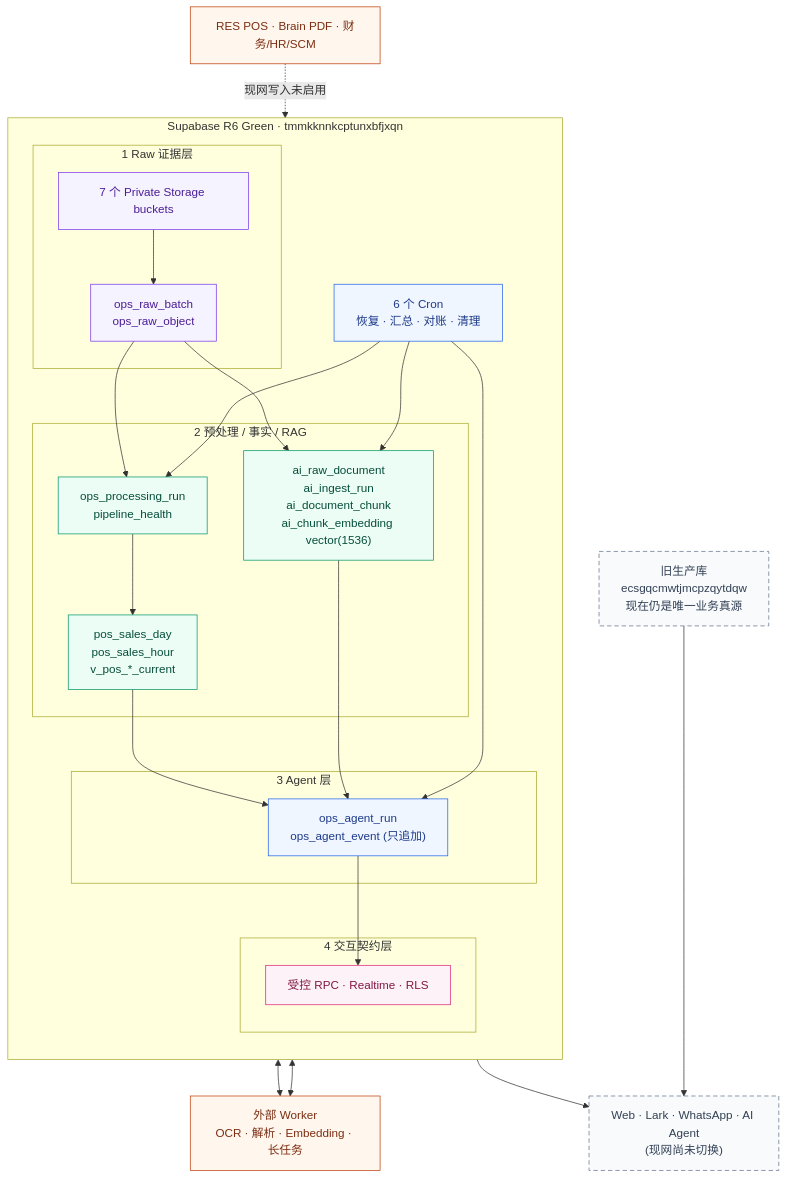
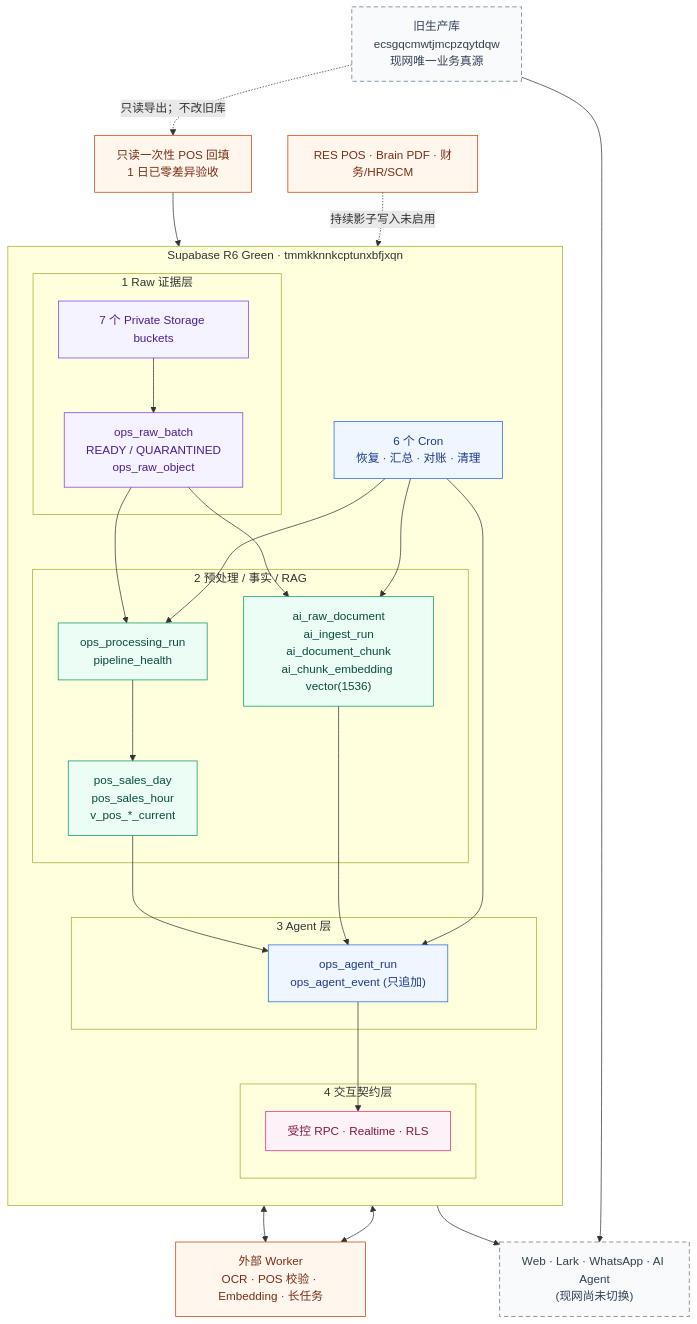
The diagram in docs/database/diagrams/hotcrush-r6-green-blueprint.mmd (AlgerSSS/bakery-ops), drawn with Mermaid before and after one commit. The commit also changed 24 other files, not shown here.

```diff
--- a/docs/database/diagrams/hotcrush-r6-green-blueprint.mmd
+++ b/docs/database/diagrams/hotcrush-r6-green-blueprint.mmd
@@ -1,47 +1,49 @@
 flowchart TB
   classDef source fill:#fff7ed,stroke:#c2410c,color:#7c2d12
   classDef raw fill:#f5f3ff,stroke:#7c3aed,color:#4c1d95
   classDef processed fill:#ecfdf5,stroke:#059669,color:#064e3b
   classDef agent fill:#eff6ff,stroke:#2563eb,color:#1e3a8a
   classDef ui fill:#fdf2f8,stroke:#db2777,color:#831843
   classDef frozen fill:#f8fafc,stroke:#64748b,color:#334155,stroke-dasharray: 6 4
 
-  OLD["旧生产库<br/>ecsgqcmwtjmcpzqytdqw<br/>现在仍是唯一业务真源"]:::frozen
+  OLD["旧生产库<br/>ecsgqcmwtjmcpzqytdqw<br/>现网唯一业务真源"]:::frozen
+  BACKFILL["只读一次性 POS 回填<br/>1 日已零差异验收"]:::source
   SOURCES["RES POS · Brain PDF · 财务/HR/SCM"]:::source
 
   subgraph R6["Supabase R6 Green · tmmkknnkcptunxbfjxqn"]
     direction TB
     subgraph L1["1  Raw 证据层"]
       STORAGE["7 个 Private Storage buckets"]:::raw
-      RAW["ops_raw_batch<br/>ops_raw_object"]:::raw
+      RAW["ops_raw_batch<br/>READY / QUARANTINED<br/>ops_raw_object"]:::raw
     end
     subgraph L2["2  预处理 / 事实 / RAG"]
       RUN["ops_processing_run<br/>pipeline_health"]:::processed
       POS["pos_sales_day<br/>pos_sales_hour<br/>v_pos_*_current"]:::processed
       RAG["ai_raw_document<br/>ai_ingest_run<br/>ai_document_chunk<br/>ai_chunk_embedding vector(1536)"]:::processed
     end
     subgraph L3["3  Agent 层"]
       AGENT["ops_agent_run<br/>ops_agent_event (只追加)"]:::agent
     end
     subgraph L4["4  交互契约层"]
       API["受控 RPC · Realtime · RLS"]:::ui
     end
     CRON["6 个 Cron<br/>恢复 · 汇总 · 对账 · 清理"]:::agent
   end
 
-  WORKER["外部 Worker<br/>OCR · 解析 · Embedding · 长任务"]:::source
+  WORKER["外部 Worker<br/>OCR · POS 校验 · Embedding · 长任务"]:::source
   USERS["Web · Lark · WhatsApp · AI Agent<br/>(现网尚未切换)"]:::frozen
 
-  SOURCES -. "现网写入未启用" .-> STORAGE
+  SOURCES -. "持续影子写入未启用" .-> STORAGE
+  OLD -. "只读导出；不改旧库" .-> BACKFILL --> STORAGE
   STORAGE --> RAW --> RUN
   RUN <--> WORKER
   RUN --> POS
   RAW --> RAG
   RAG <--> WORKER
   POS --> AGENT
   RAG --> AGENT
   AGENT --> API --> USERS
   CRON --> RUN
   CRON --> RAG
   CRON --> AGENT
   OLD --> USERS
```
